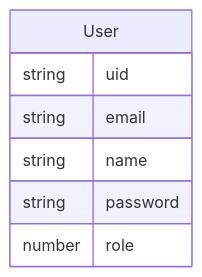
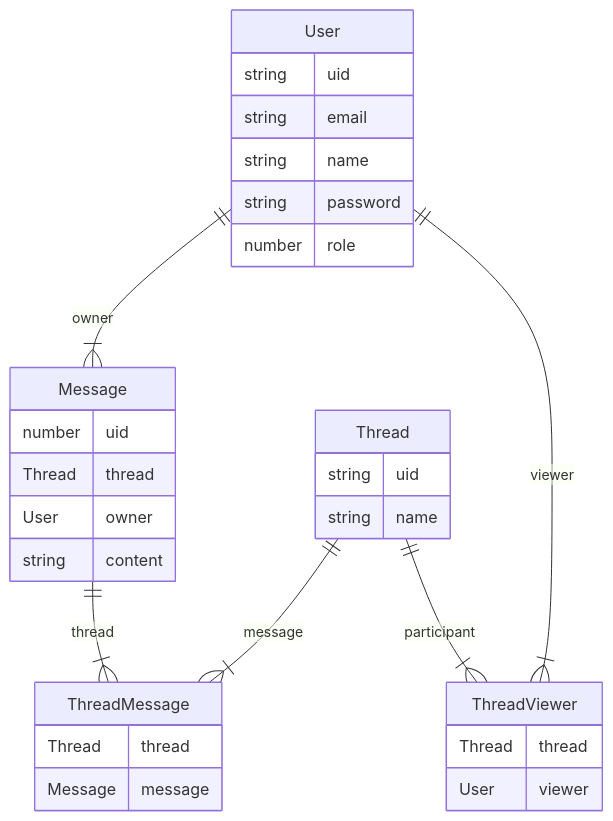
One commit to TWoolhouse/Slook changed the diagram in schema.md. Above: the diagram before and after it, drawn with Mermaid.

Commit message:
text chat db draft

````diff
--- a/schema.md
+++ b/schema.md
@@ -1,13 +1,41 @@
 ```mermaid
 erDiagram
+
+	Thread ||--|{ ThreadMessage : message
+	Message ||--|{ ThreadMessage : thread
+
+	User ||--|{ Message : owner
+	User ||--|{ ThreadViewer : viewer
+	Thread ||--|{ ThreadViewer : participant
 
 	User {
 		string uid
 		string email
 		string name
 		string password
 		number role
 	}
 
+	Thread {
+		string uid
+		string name
+	}
+
+	Message {
+		number uid
+		Thread thread
+		User owner
+		string content
+	}
+
+	ThreadMessage {
+		Thread thread
+		Message message
+	}
+
+	ThreadViewer {
+		Thread thread
+		User viewer
+	}
 
 ```
````
